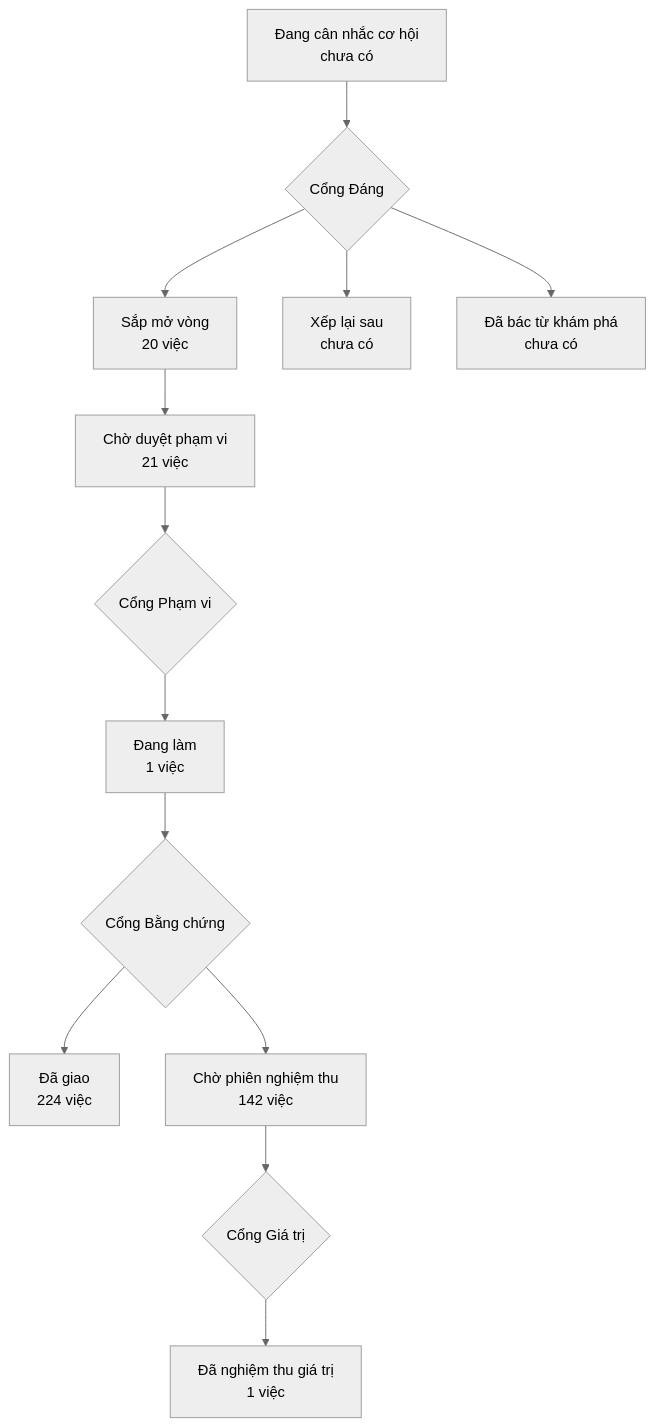
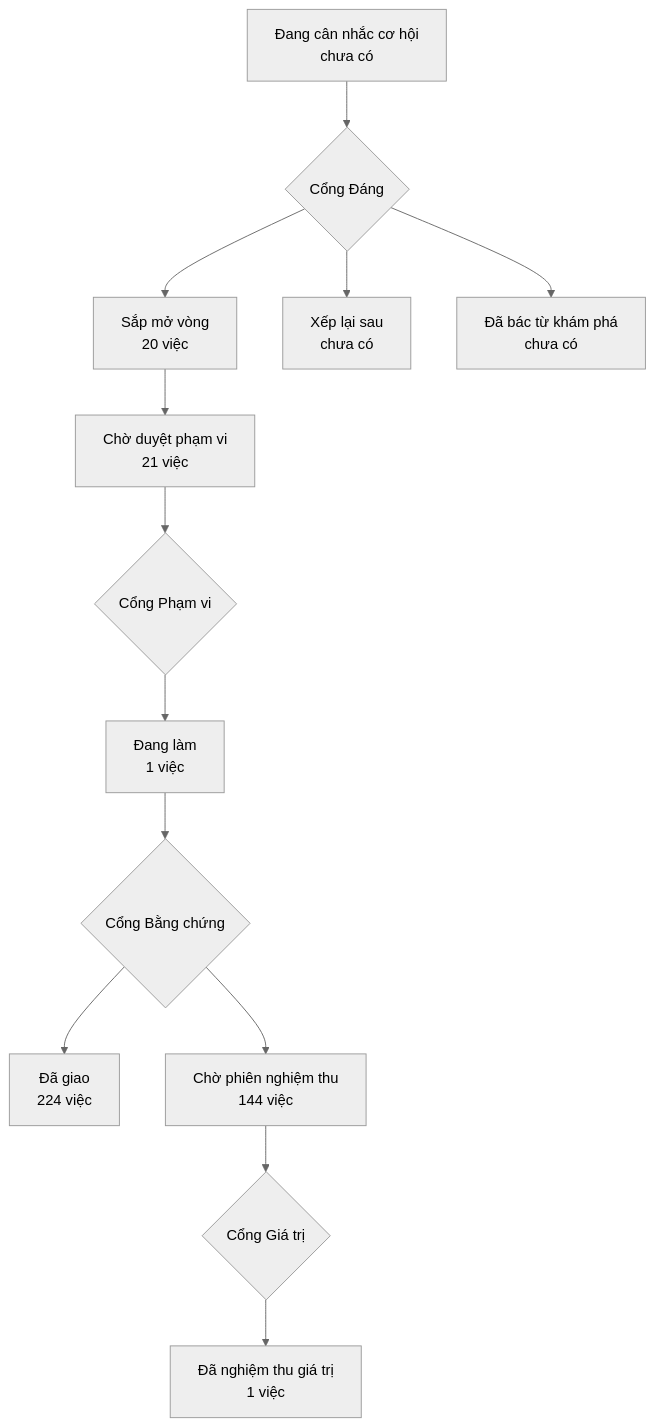
One commit to phanlemanh/onehub-invest changed the diagram in PRODUCT-MAP.md. Above: the diagram before and after it, drawn with Mermaid (neutral theme). The commit also changed other lines of this file and 1 other file, not shown here.

Commit message:
chore(map): sinh lại PRODUCT-MAP, LO-TRINH sau gộp main (luot-hang-dem-khong-tu-ap-truoc-doc-lap)

````diff
--- a/PRODUCT-MAP.md
+++ b/PRODUCT-MAP.md
@@ -7,12 +7,12 @@
 ```mermaid
 flowchart TD
   A["Đang cân nhắc cơ hội<br/>chưa có"] --> GD{"Cổng Đáng"}
   GD --> B["Sắp mở vòng<br/>20 việc"]
   GD --> XL["Xếp lại sau<br/>chưa có"]
   GD --> DB["Đã bác từ khám phá<br/>chưa có"]
   B --> CD["Chờ duyệt phạm vi<br/>21 việc"] --> GP{"Cổng Phạm vi"}
   GP --> DL["Đang làm<br/>1 việc"] --> GB{"Cổng Bằng chứng"}
   GB --> DG["Đã giao<br/>224 việc"]
-  GB --> CN["Chờ phiên nghiệm thu<br/>142 việc"] --> GG{"Cổng Giá trị"}
+  GB --> CN["Chờ phiên nghiệm thu<br/>144 việc"] --> GG{"Cổng Giá trị"}
   GG --> NT["Đã nghiệm thu giá trị<br/>1 việc"]
 ```
````
